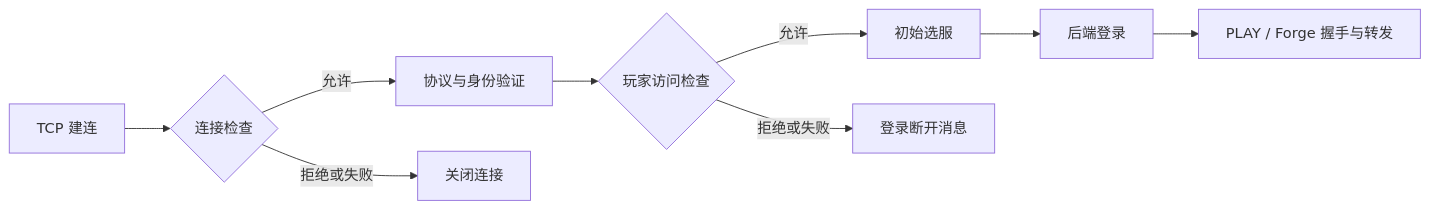
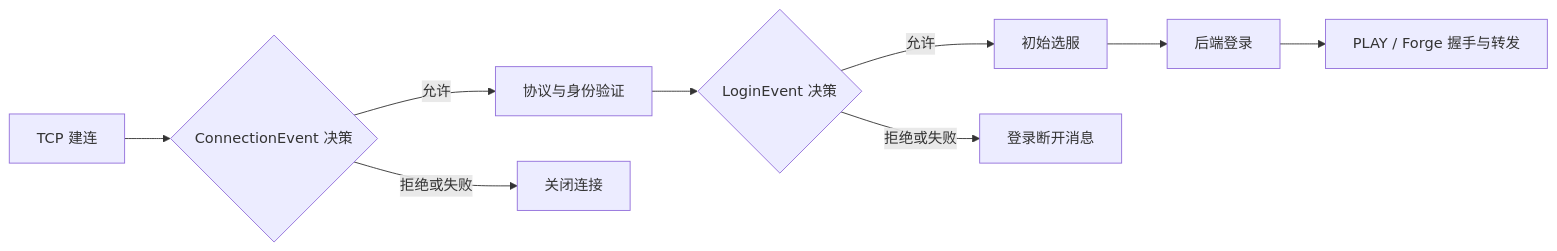
One commit to layue13/MoonBridge changed the diagram in docs/architecture.md. Above: the diagram before and after it, drawn with Mermaid. The commit also changed other lines of this file and 32 other files, not shown here.

````diff
--- a/docs/architecture.md
+++ b/docs/architecture.md
@@ -19,11 +19,11 @@
 ```mermaid
 flowchart LR
-    A[TCP 建连] --> B{连接检查}
+    A[TCP 建连] --> B{ConnectionEvent 决策}
     B -->|允许| C[协议与身份验证]
     B -->|拒绝或失败| X[关闭连接]
-    C --> D{玩家访问检查}
+    C --> D{LoginEvent 决策}
     D -->|允许| E[初始选服]
     D -->|拒绝或失败| Y[登录断开消息]
     E --> F[后端登录]
     F --> G[PLAY / Forge 握手与转发]
 ```
````
